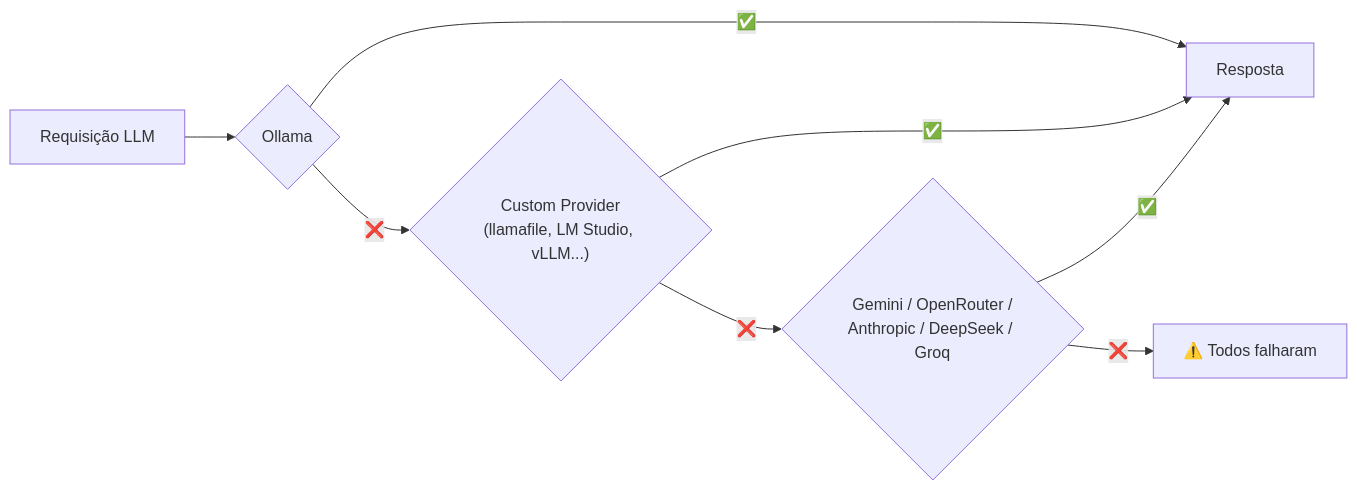
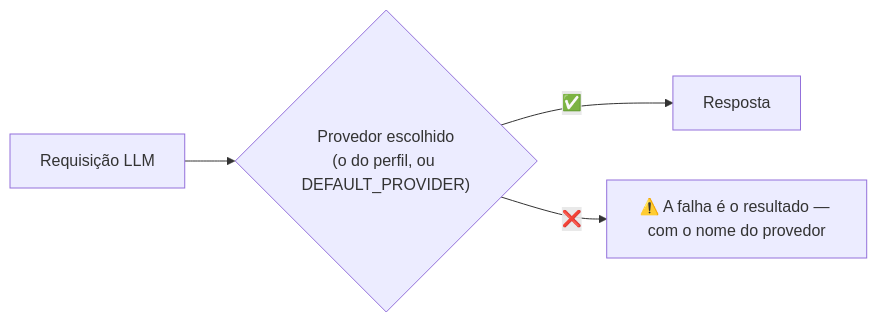
The fifth of 5 diagrams in docs/TECHNICAL_OVERVIEW.pt-br.md (rovanni/NewClaw), drawn with Mermaid before and after one commit. The commit also changed other lines of this file and 27 other files, not shown here.

````diff
--- a/docs/TECHNICAL_OVERVIEW.pt-br.md
+++ b/docs/TECHNICAL_OVERVIEW.pt-br.md
@@ -234,10 +234,6 @@
 ```mermaid
 flowchart LR
-    A["Requisição LLM"] --> O{"Ollama"}
-    O -->|"✅"| Z["Resposta"]
-    O -->|"❌"| C{"Custom Provider\n(llamafile, LM Studio, vLLM...)"}
-    C -->|"✅"| Z
-    C -->|"❌"| G{"Gemini / OpenRouter /\nAnthropic / DeepSeek / Groq"}
-    G -->|"✅"| Z
-    G -->|"❌"| F["⚠️ Todos falharam"]
+    A["Requisição LLM"] --> P{"Provedor escolhido\n(o do perfil, ou DEFAULT_PROVIDER)"}
+    P -->|"✅"| Z["Resposta"]
+    P -->|"❌"| F["⚠️ A falha é o resultado — com o nome do provedor"]
 ```
````
